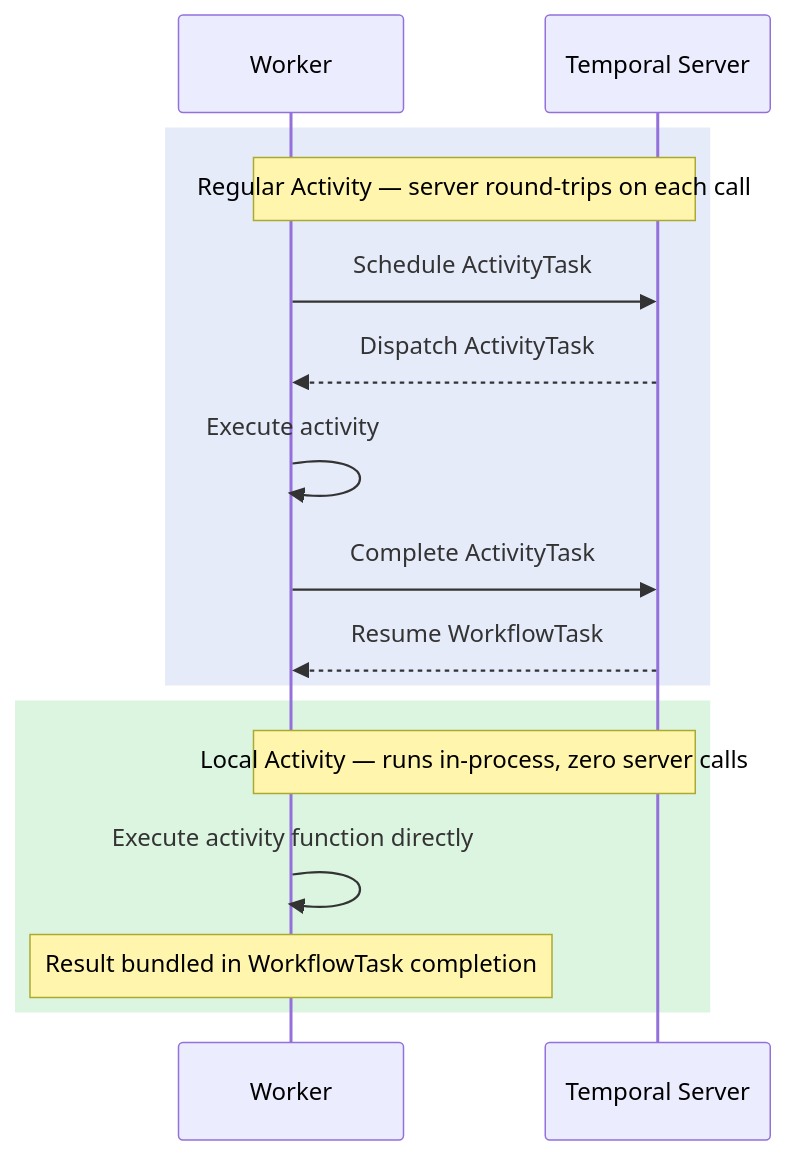
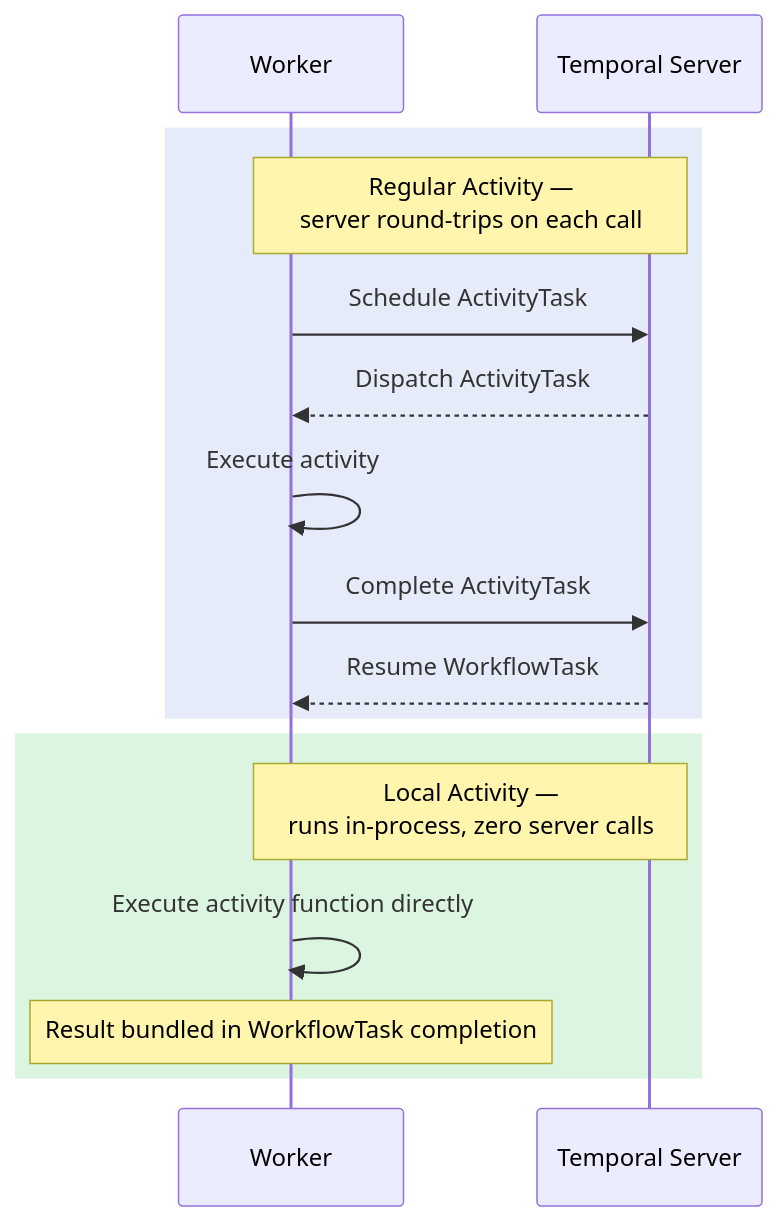
The diagram in docs/design-patterns/local-activities.mdx (temporalio/documentation), drawn with Mermaid before and after one commit. The commit also changed 4 other files, not shown here.

Commit message:
Phase 1 of Mermaid improvements

````diff
--- a/docs/design-patterns/local-activities.mdx
+++ b/docs/design-patterns/local-activities.mdx
@@ -19,20 +19,20 @@
 ```mermaid
 sequenceDiagram
     participant W as Worker
     participant S as Temporal Server
 
     rect rgb(230, 235, 250)
-        Note over W,S: Regular Activity — server round-trips on each call
+        Note over W,S: Regular Activity —<br/>server round-trips on each call
         W->>S: Schedule ActivityTask
         S-->>W: Dispatch ActivityTask
         W->>W: Execute activity
         W->>S: Complete ActivityTask
         S-->>W: Resume WorkflowTask
     end
 
     rect rgb(220, 245, 225)
-        Note over W,S: Local Activity — runs in-process, zero server calls
+        Note over W,S: Local Activity —<br/>runs in-process, zero server calls
         W->>W: Execute activity function directly
         Note over W: Result bundled in WorkflowTask completion
     end
 ```
````
